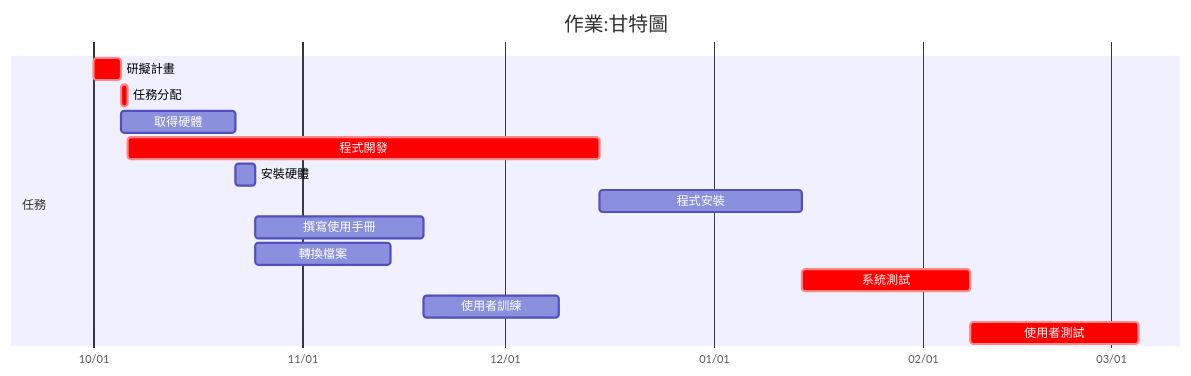
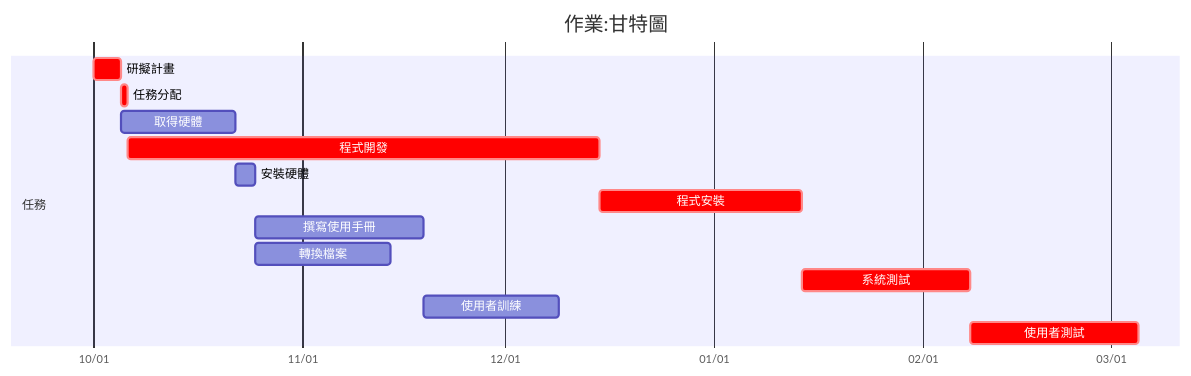
The second of 2 diagrams in HW2.md (auia541/p1), drawn with Mermaid before and after one commit.

````diff
--- a/HW2.md
+++ b/HW2.md
@@ -25,22 +25,22 @@
 ```mermaid
 
 
 gantt
 title 作業:甘特圖
 dateformat YYYY-MM-DD
 axisFormat %m/%d
 
 section 任務
 研擬計畫 :crit,a1, 2025-10-01, 4d
 任務分配 :crit,a2, after a1, 1d
 取得硬體 :a3, after a1, 17d
 程式開發 :crit,a4, after a2, 70d
 安裝硬體 :a5, after a3, 3d
-程式安裝 :a6, after a4, 30d
+程式安裝 :crit,a6, after a4, 30d
 撰寫使用手冊 :a7, after a5, 25d
 轉換檔案 :a8, after a5, 20d
 系統測試 :crit,a9, after a6, 25d
 使用者訓練 :a10, after a7, 20d
 使用者測試 :crit,a11, after a9, 25d
 
 ``` 
````
